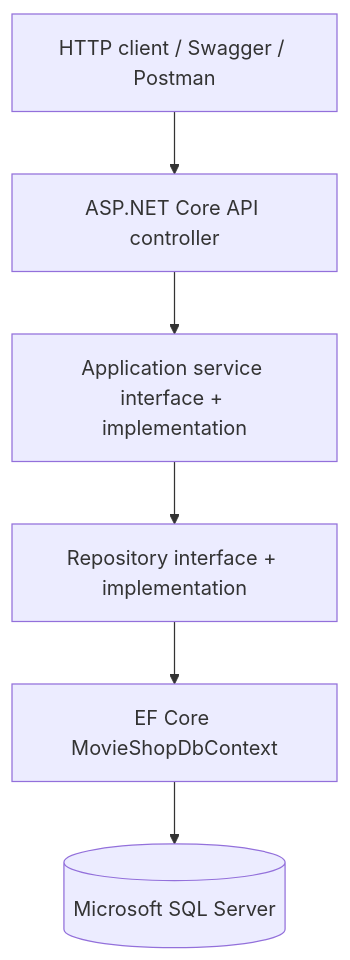
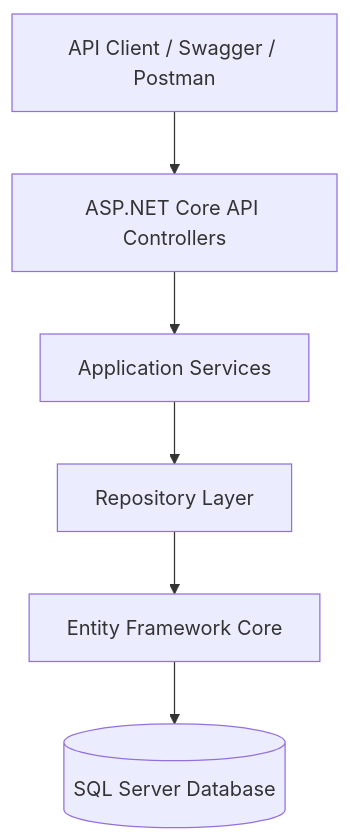
One commit to Yashaswini944/MovieShopAPI changed the diagram in README.md. Above: the diagram before and after it, drawn with Mermaid. The commit also changed other lines of this file, not shown here.

````diff
--- a/README.md
+++ b/README.md
@@ -59,14 +107,15 @@
 ```mermaid
 flowchart TD
-    Client[HTTP client / Swagger / Postman]
-    Controller[ASP.NET Core API controller]
-    Service[Application service interface + implementation]
-    Repository[Repository interface + implementation]
-    Context[EF Core MovieShopDbContext]
-    DB[(Microsoft SQL Server)]
-    Client --> Controller
-    Controller --> Service
-    Service --> Repository
-    Repository --> Context
-    Context --> DB
+    A[API Client / Swagger / Postman]
+    B[ASP.NET Core API Controllers]
+    C[Application Services]
+    D[Repository Layer]
+    E[Entity Framework Core]
+    F[(SQL Server Database)]
+
+    A --> B
+    B --> C
+    C --> D
+    D --> E
+    E --> F
 ```
````
